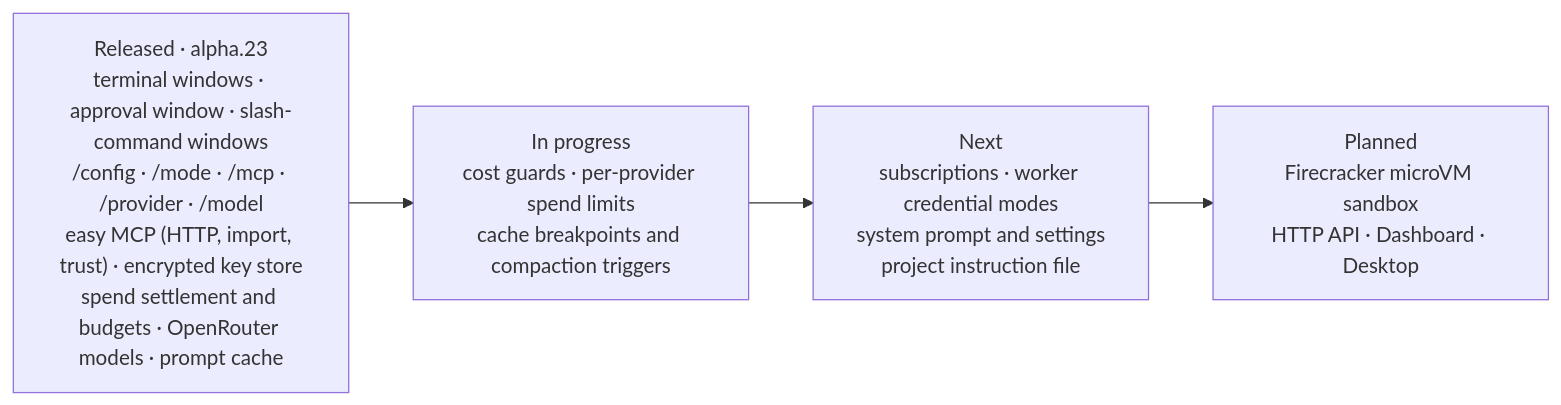
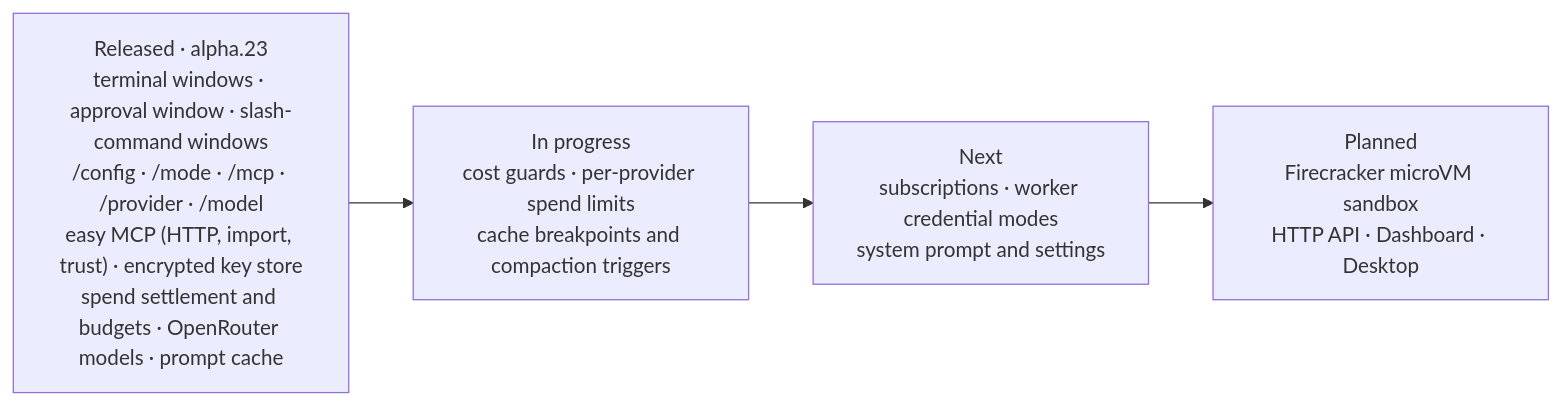
The sixth of 6 diagrams in README.md (Verhex/deckent-next), drawn with Mermaid before and after one commit. The commit also changed other lines of this file and 12 other files, not shown here.

First line of the commit message:
docs: correct stale public and architecture claims after alpha.46 (57 of 62 analysis hunks)

````diff
--- a/README.md
+++ b/README.md
@@ -509,6 +519,6 @@
 ```mermaid
 flowchart LR
   L["Released · alpha.23<br/>terminal windows · approval window · slash-command windows<br/>/config · /mode · /mcp · /provider · /model<br/>easy MCP (HTTP, import, trust) · encrypted key store<br/>spend settlement and budgets · OpenRouter models · prompt cache"] --> P["In progress<br/>cost guards · per-provider spend limits<br/>cache breakpoints and compaction triggers"]
-  P --> N["Next<br/>subscriptions · worker credential modes<br/>system prompt and settings<br/>project instruction file"]
+  P --> N["Next<br/>subscriptions · worker credential modes<br/>system prompt and settings"]
   N --> F["Planned<br/>Firecracker microVM sandbox<br/>HTTP API · Dashboard · Desktop"]
 ```
````
